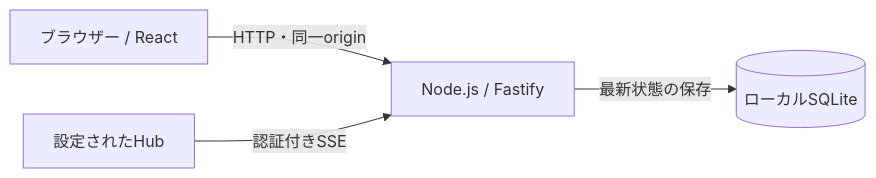
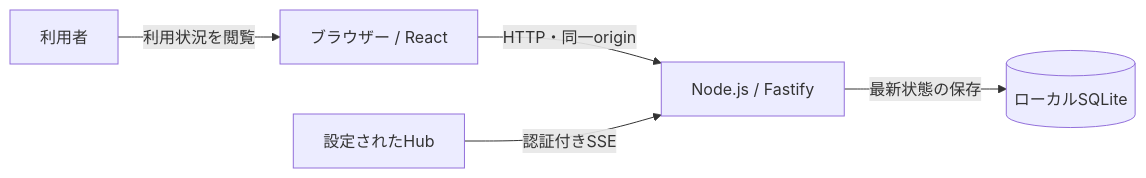
Before and after one commit to nuitsjp/token-monitor-analytics: the second of 5 diagrams in docs/architecture.md, drawn with Mermaid. The commit also changed other lines of this file and 2 other files, not shown here.

````diff
--- a/docs/architecture.md
+++ b/docs/architecture.md
@@ -23,6 +23,7 @@
 ```mermaid
 flowchart LR
-  ui["ブラウザー / React"] -->|"HTTP・同一origin"| server["Node.js / Fastify"]
+  user["利用者"] -->|"利用状況を閲覧"| ui["ブラウザー / React"]
+  ui -->|"HTTP・同一origin"| server["Node.js / Fastify"]
   hub["設定されたHub"] -->|"認証付きSSE"| server
   server -->|"最新状態の保存"| db[("ローカルSQLite")]
 ```
````
